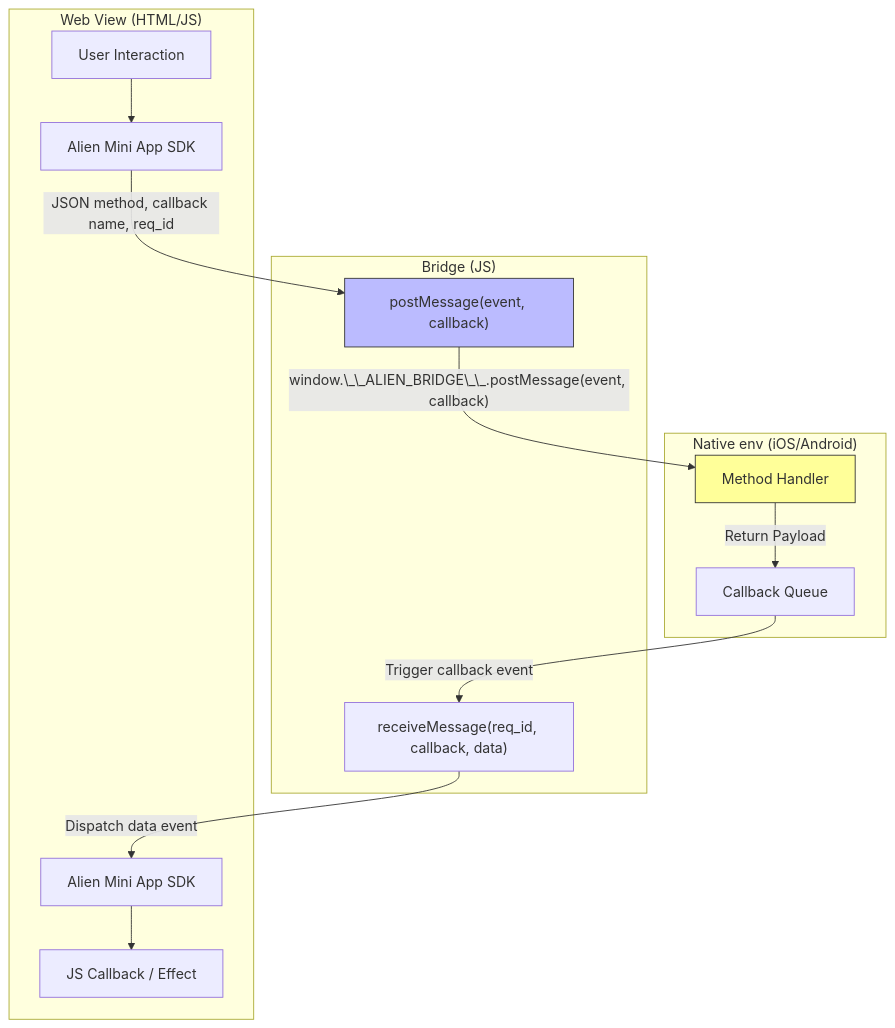
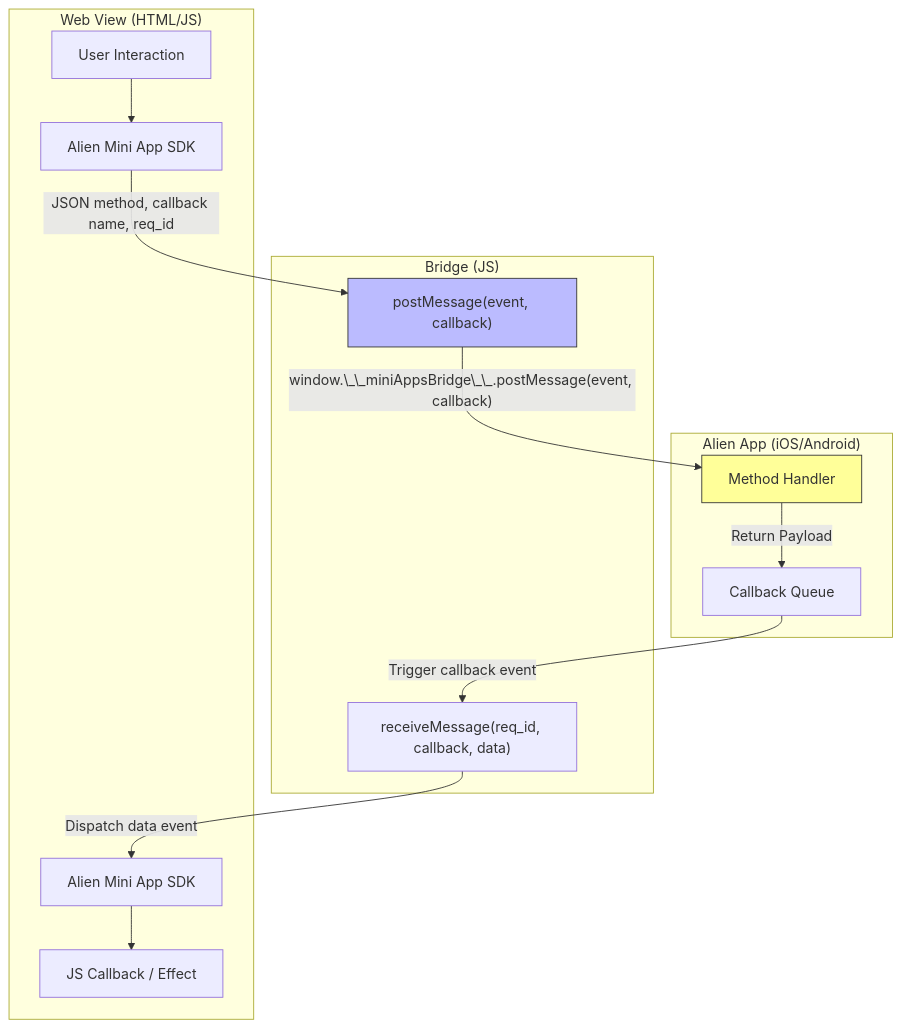
The diagram in docs/miniapps.md (alien-id/miniapp-sdk), drawn with Mermaid before and after one commit. The commit also changed 1 other file, not shown here.

Commit message:
chore: add sso docs

````diff
--- a/docs/miniapps.md
+++ b/docs/miniapps.md
@@ -29,27 +29,27 @@
 ```mermaid
 flowchart TB
- subgraph subGraph0["Native env (iOS/Android)"]
+ subgraph subGraph0["Alien App (iOS/Android)"]
         NB["Callback Queue"]
         NM["Method Handler"]
   end
  subgraph subGraph1["Bridge (JS)"]
         WB["postMessage(event, callback)"]
         CB["receiveMessage(req_id, callback, data)"]
   end
  subgraph subGraph2["Web View (HTML/JS)"]
         UIA["User Interaction"]
         SDK["Alien Mini App SDK"]
         SDK1["Alien Mini App SDK"]
         UIR["JS Callback / Effect"]
   end
     NM -- Return Payload --> NB
-    WB -- "window.\_\_ALIEN_BRIDGE\_\_.postMessage(event, callback)" --> NM
+    WB -- "window.\_\_miniAppsBridge\_\_.postMessage(event, callback)" --> NM
     NB -- Trigger callback event --> CB
     UIA -->  SDK
     SDK -- JSON method, callback name, req_id --> WB
     CB -- Dispatch data event --> SDK1
     SDK1 --> UIR
 
     style NM fill:#ff9,stroke:#333
     style WB fill:#bbf,stroke:#333
 ```
````
